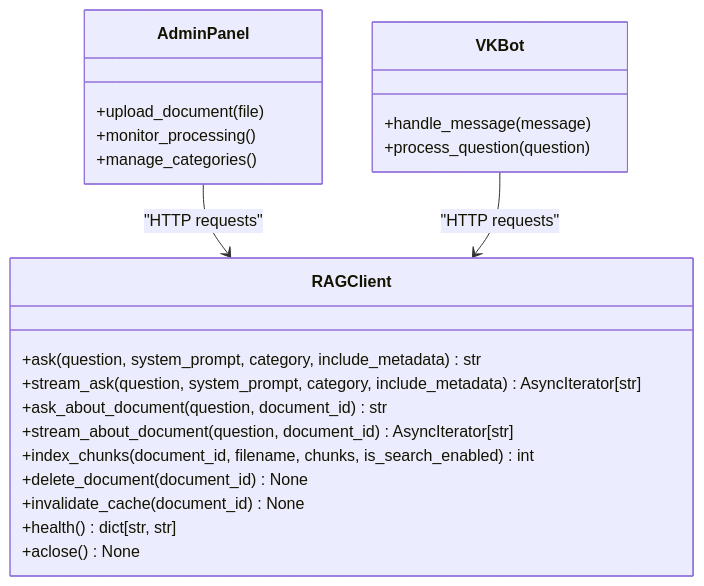
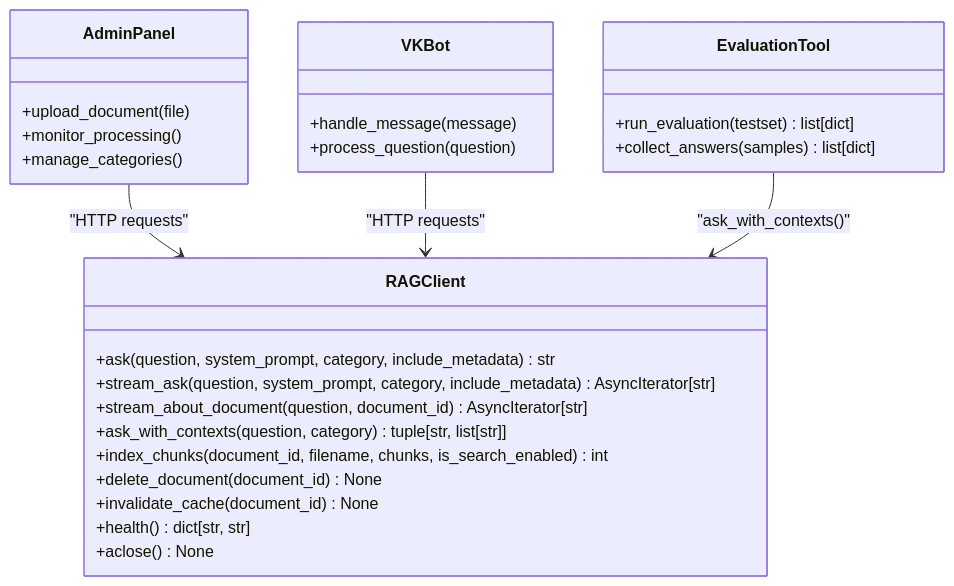
Before and after one commit to ognelis/cafetera_hr_bot: diagram 21 of 23 in .qoder/repowiki/en/content/API Reference/RAG Microservice Architecture.md, drawn with Mermaid. The commit also changed other lines of this file and 51 other files, not shown here.

````diff
--- a/.qoder/repowiki/en/content/API Reference/RAG Microservice Architecture.md
+++ b/.qoder/repowiki/en/content/API Reference/RAG Microservice Architecture.md
@@ -593,25 +1027,30 @@
 ```mermaid
 classDiagram
 class RAGClient {
 +ask(question, system_prompt, category, include_metadata) str
 +stream_ask(question, system_prompt, category, include_metadata) AsyncIterator[str]
-+ask_about_document(question, document_id) str
 +stream_about_document(question, document_id) AsyncIterator[str]
++ask_with_contexts(question, category) tuple[str, list[str]]
 +index_chunks(document_id, filename, chunks, is_search_enabled) int
 +delete_document(document_id) None
 +invalidate_cache(document_id) None
 +health() dict[str, str]
 +aclose() None
 }
 class AdminPanel {
 +upload_document(file)
 +monitor_processing()
 +manage_categories()
 }
 class VKBot {
 +handle_message(message)
 +process_question(question)
 }
+class EvaluationTool {
++run_evaluation(testset) list[dict]
++collect_answers(samples) list[dict]
+}
 AdminPanel --> RAGClient : "HTTP requests"
 VKBot --> RAGClient : "HTTP requests"
+EvaluationTool --> RAGClient : "ask_with_contexts()"
 ```
````
